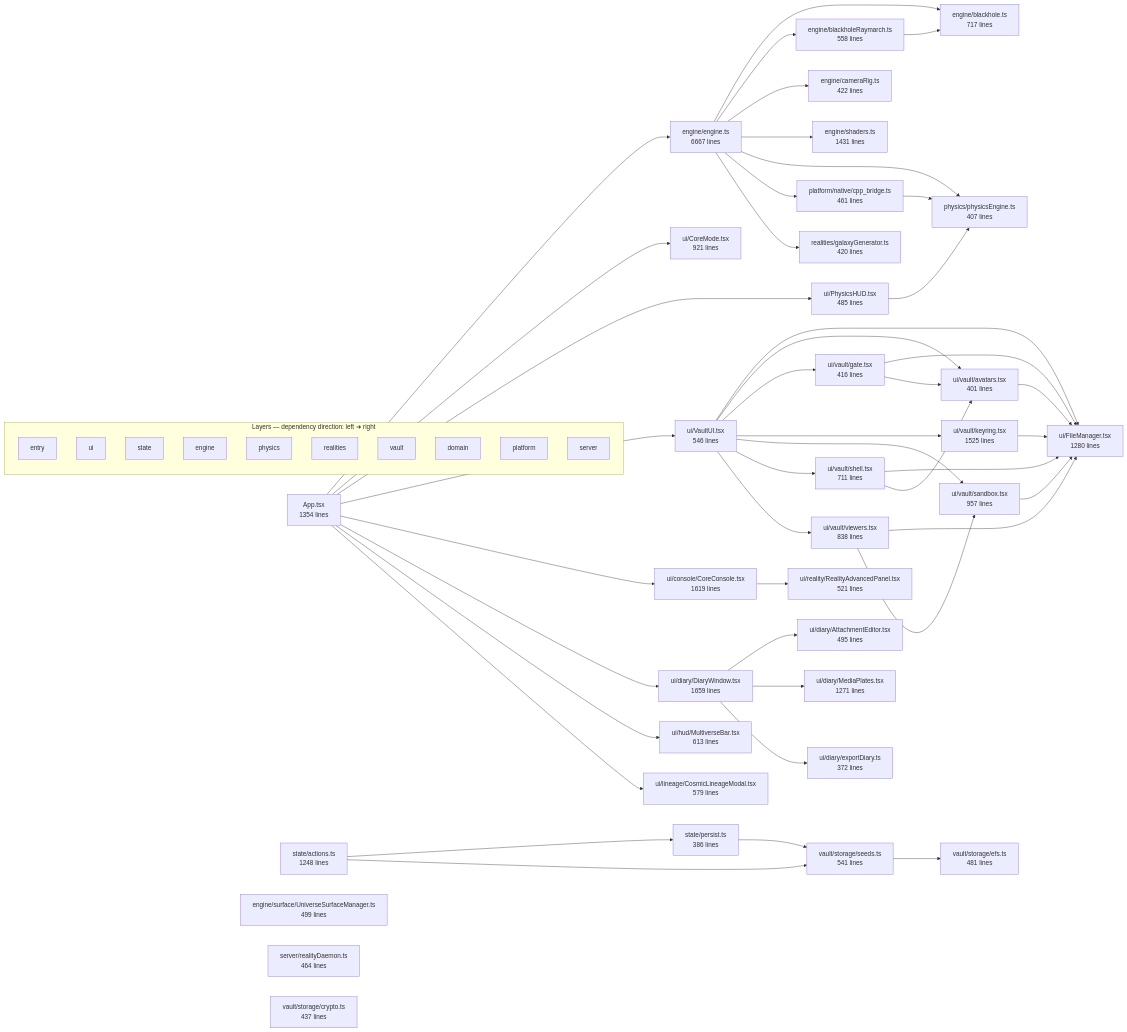
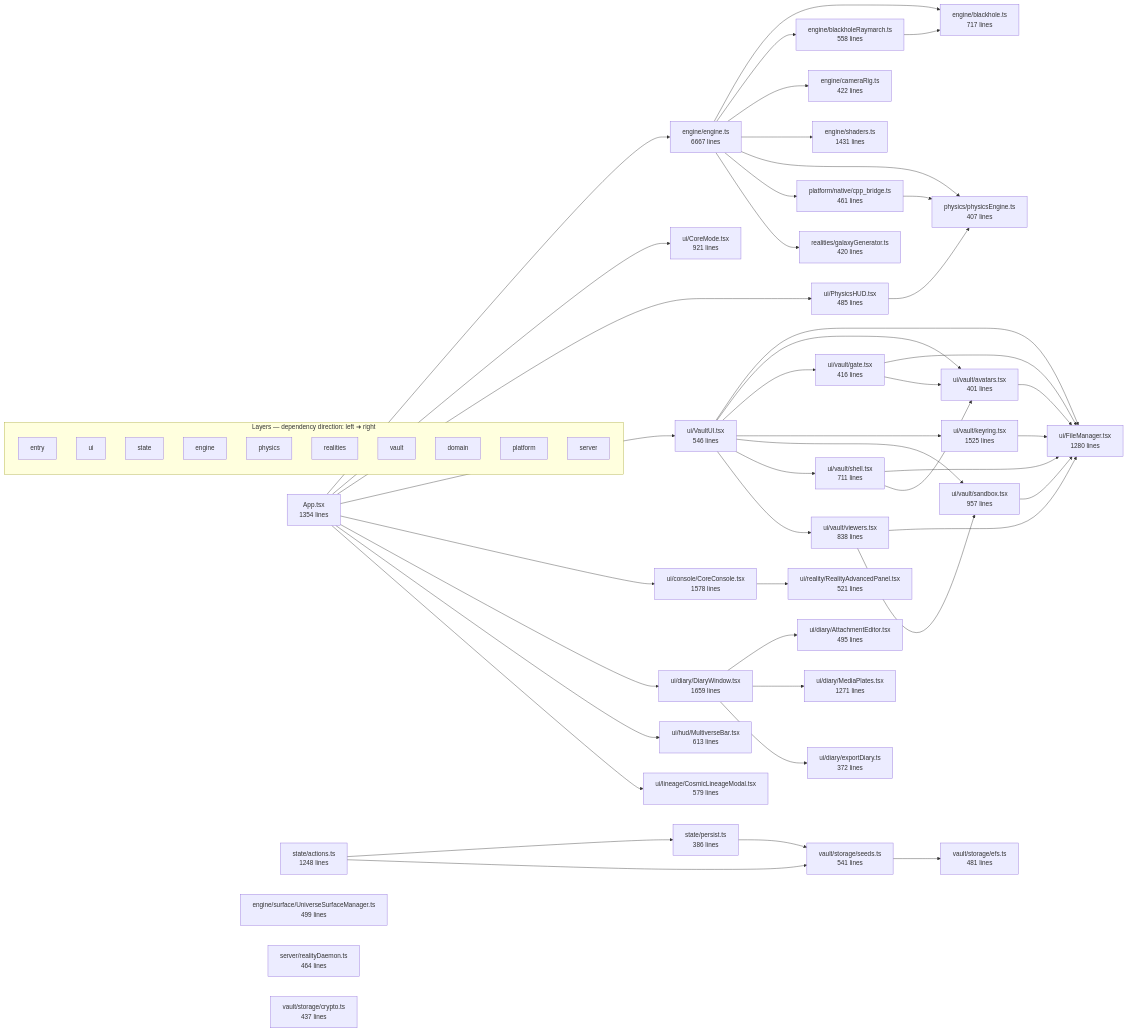
The diagram in docs/architecture-diagram.mmd (Chasin-Love/Chasin-Love-World), drawn with Mermaid before and after one commit. The commit also changed 14 other files, not shown here.

```diff
--- a/docs/architecture-diagram.mmd
+++ b/docs/architecture-diagram.mmd
@@ -14,7 +14,7 @@
   end
     src_engine_engine_ts["engine/engine.ts<br>6667 lines"]
     src_ui_diary_DiaryWindow_tsx["ui/diary/DiaryWindow.tsx<br>1659 lines"]
-    src_ui_console_CoreConsole_tsx["ui/console/CoreConsole.tsx<br>1619 lines"]
+    src_ui_console_CoreConsole_tsx["ui/console/CoreConsole.tsx<br>1578 lines"]
     src_ui_vault_keyring_tsx["ui/vault/keyring.tsx<br>1525 lines"]
     src_engine_shaders_ts["engine/shaders.ts<br>1431 lines"]
     src_App_tsx["App.tsx<br>1354 lines"]
```
